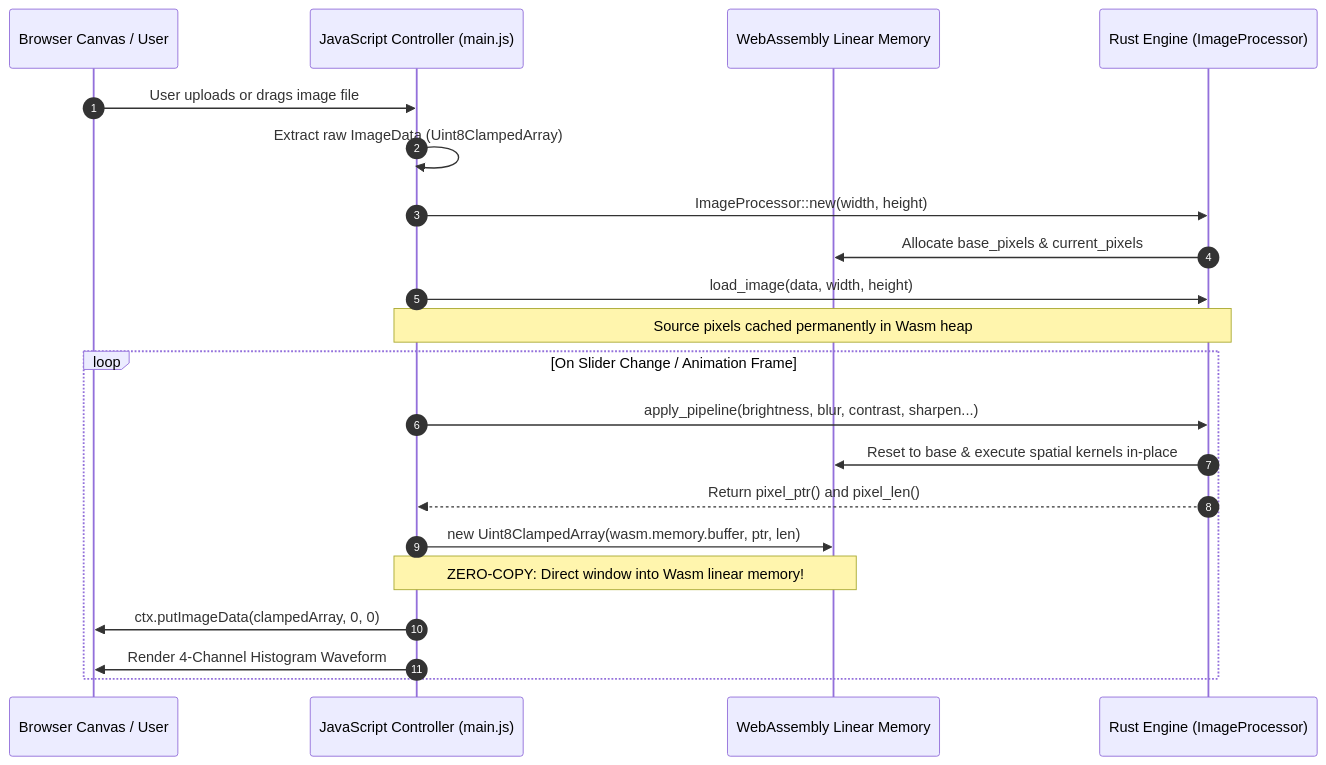
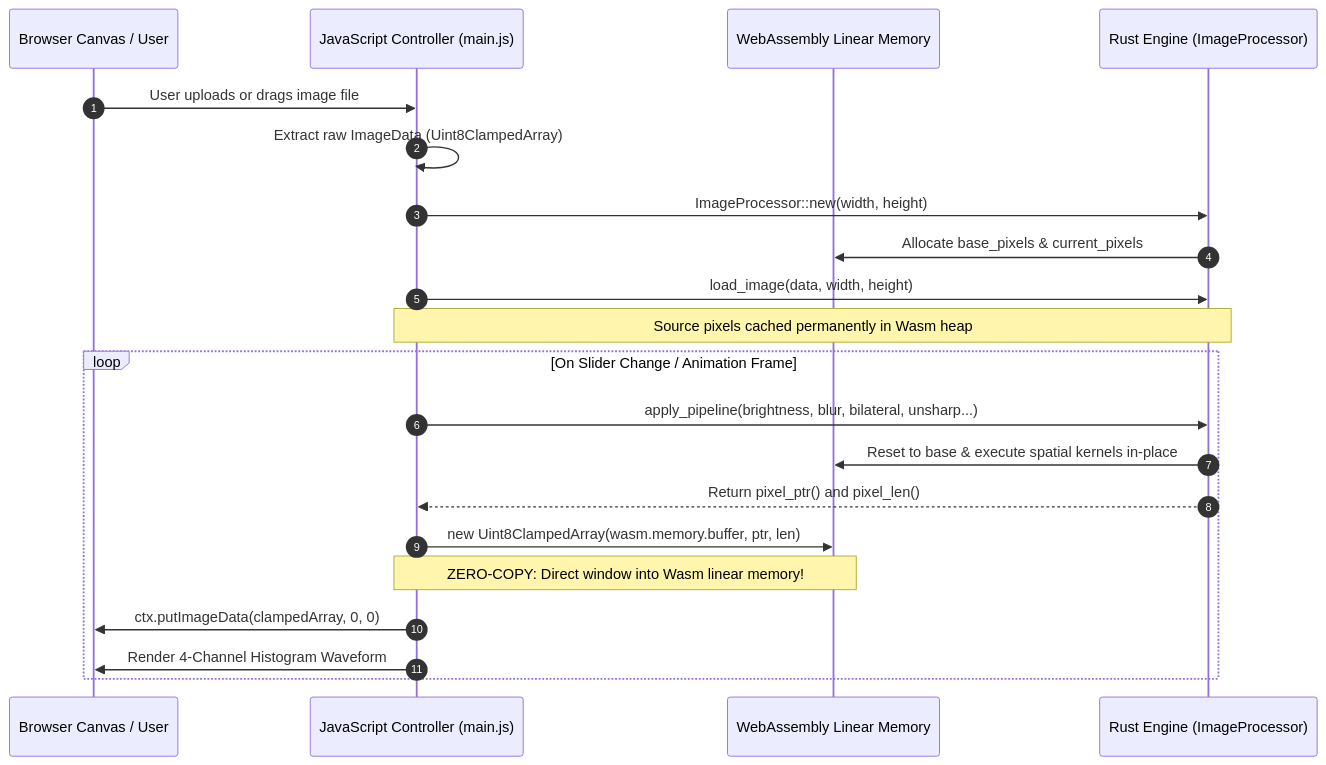
One commit to faizan-7890/RUST changed the second of 4 diagrams in docs/architecture_diagram.md. Above: the diagram before and after it, drawn with Mermaid. The commit also changed other lines of this file and 5 other files, not shown here.

Commit message:
feat(filters): add edge-preserving Bilateral filter, Unsharp Masking (USM), and UI controls

````diff
--- a/docs/architecture_diagram.md
+++ b/docs/architecture_diagram.md
@@ -58,25 +58,25 @@
 ```mermaid
 sequenceDiagram
     autonumber
     participant UI as Browser Canvas / User
     participant JS as JavaScript Controller (main.js)
     participant WasmMem as WebAssembly Linear Memory
     participant Rust as Rust Engine (ImageProcessor)
 
     UI->>JS: User uploads or drags image file
     JS->>JS: Extract raw ImageData (Uint8ClampedArray)
     JS->>Rust: ImageProcessor::new(width, height)
     Rust->>WasmMem: Allocate base_pixels & current_pixels
     JS->>Rust: load_image(data, width, height)
     Note over JS,Rust: Source pixels cached permanently in Wasm heap
 
     loop On Slider Change / Animation Frame
-        JS->>Rust: apply_pipeline(brightness, blur, contrast, sharpen...)
+        JS->>Rust: apply_pipeline(brightness, blur, bilateral, unsharp...)
         Rust->>WasmMem: Reset to base & execute spatial kernels in-place
         Rust-->>JS: Return pixel_ptr() and pixel_len()
         JS->>WasmMem: new Uint8ClampedArray(wasm.memory.buffer, ptr, len)
         Note over JS,WasmMem: ZERO-COPY: Direct window into Wasm linear memory!
         JS->>UI: ctx.putImageData(clampedArray, 0, 0)
         JS->>UI: Render 4-Channel Histogram Waveform
     end
 ```
````
